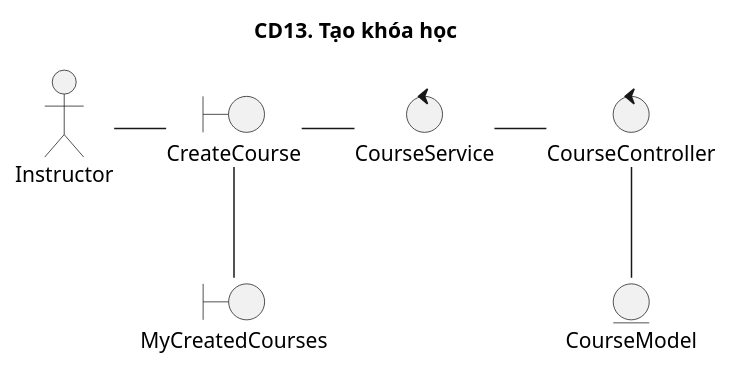
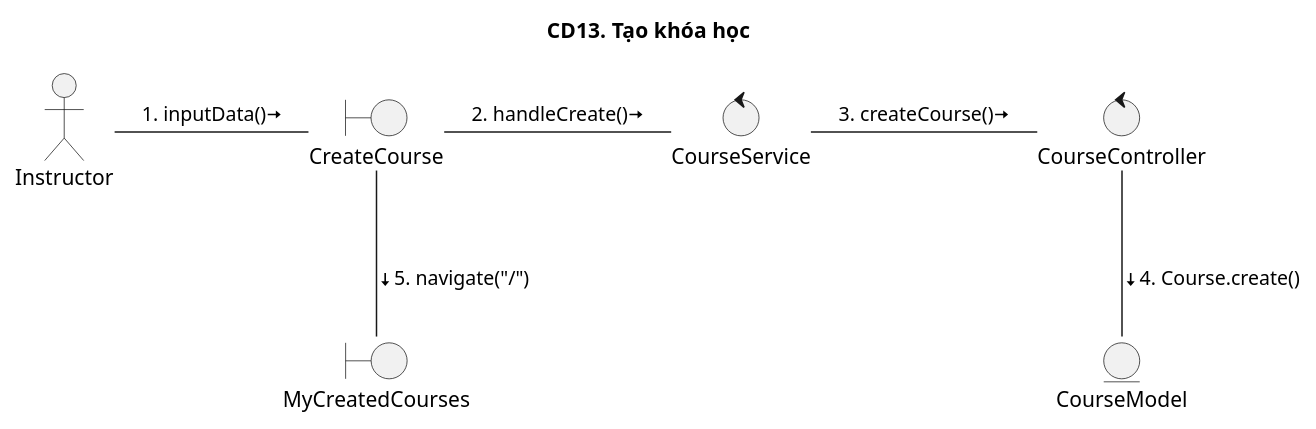
The diagram in CollaborationDiagrams/New/cd13.puml (The-Cookies-Team/UML-Diagrams), drawn with PlantUML before and after one commit. The commit also changed 15 other files, not shown here.

```diff
--- a/CollaborationDiagrams/New/cd13.puml
+++ b/CollaborationDiagrams/New/cd13.puml
@@ -1,17 +1,17 @@
 @startuml CD
 
 title CD13. Tạo khóa học
 
 actor "Instructor"
 boundary "CreateCourse"
 boundary "MyCreatedCourses"
 control "CourseService"
 control "CourseController"
 entity "CourseModel"
 
-Instructor - CreateCourse
-CreateCourse - CourseService
-CourseService - CourseController
-CourseController -- CourseModel
-CreateCourse -- MyCreatedCourses
+Instructor - CreateCourse: \l1. inputData()<&arrow-right>
+CreateCourse - CourseService: \l2. handleCreate()<&arrow-right>
+CourseService - CourseController: \l3. createCourse()<&arrow-right>
+CourseController -- CourseModel: \l<&arrow-bottom>4. Course.create()
+CreateCourse -- MyCreatedCourses: \l<&arrow-bottom>5. navigate("/")
 @enduml
```
